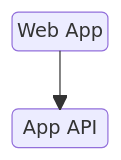
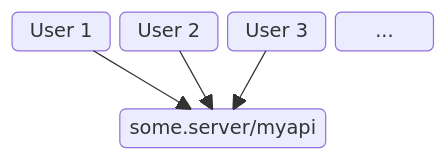
Before and after one commit to MagicIdentity/Developers: the first of 2 diagrams in docs/start/concepts/whatis.md, drawn with Mermaid. The commit also changed other lines of this file and 2 other files, not shown here.

````diff
--- a/docs/start/concepts/whatis.md
+++ b/docs/start/concepts/whatis.md
@@ -18,8 +21,15 @@
 ```mermaid
 block-beta
-    columns 1
-    a("Web App")
+    columns 4
+    u1("User 1")
+    u2("User 2")
+    u3("User 3")
+    u4("...")
+    space:4
     space
-    b("App API")
-    a-->b
+    be("some.server/myapi"):2
+    space
+    u1-->be
+    u2-->be
+    u3-->be
 ```
````
